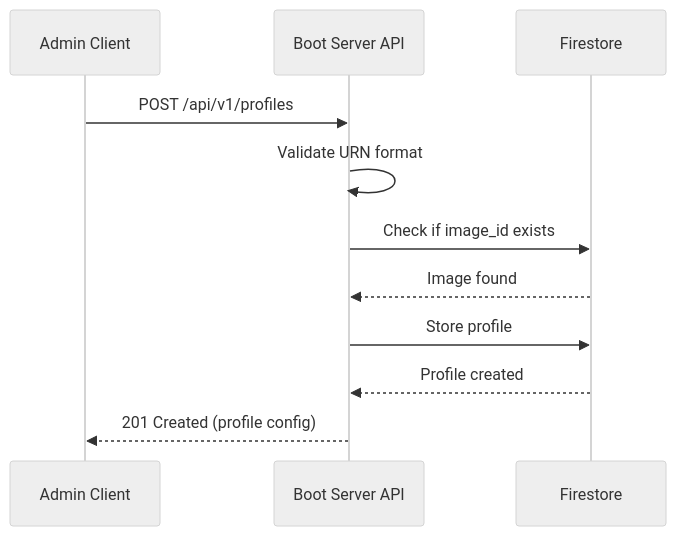
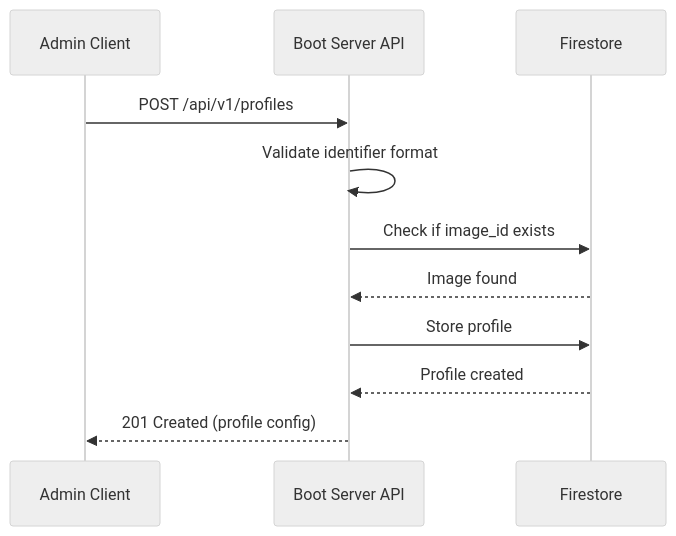
The tenth of 15 diagrams in docs/content/r&d/services/boot/admin-api.md (Zaba505/infra), drawn with Mermaid (neutral theme) before and after one commit. The commit also changed other lines of this file and 1 other file, not shown here.

Commit message:
docs(issue-605): update admin api based on resource id adr

````diff
--- a/docs/content/r&d/services/boot/admin-api.md
+++ b/docs/content/r&d/services/boot/admin-api.md
@@ -578,14 +578,14 @@
 ```mermaid
 sequenceDiagram
     participant Client as Admin Client
     participant API as Boot Server API
     participant DB as Firestore
     
     Client->>API: POST /api/v1/profiles
-    API->>API: Validate URN format
+    API->>API: Validate identifier format
     API->>DB: Check if image_id exists
     DB-->>API: Image found
     API->>DB: Store profile
     DB-->>API: Profile created
     API-->>Client: 201 Created (profile config)
 ```
````
